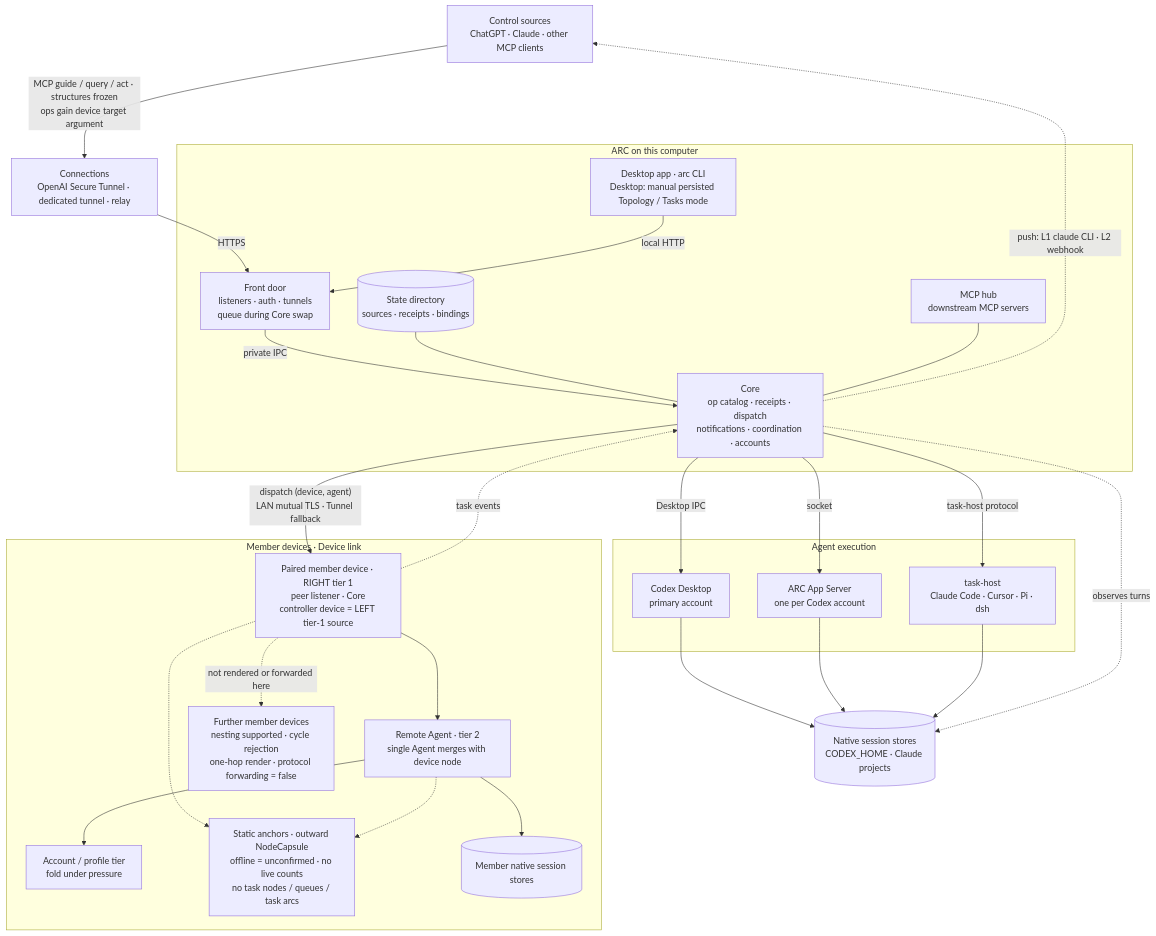
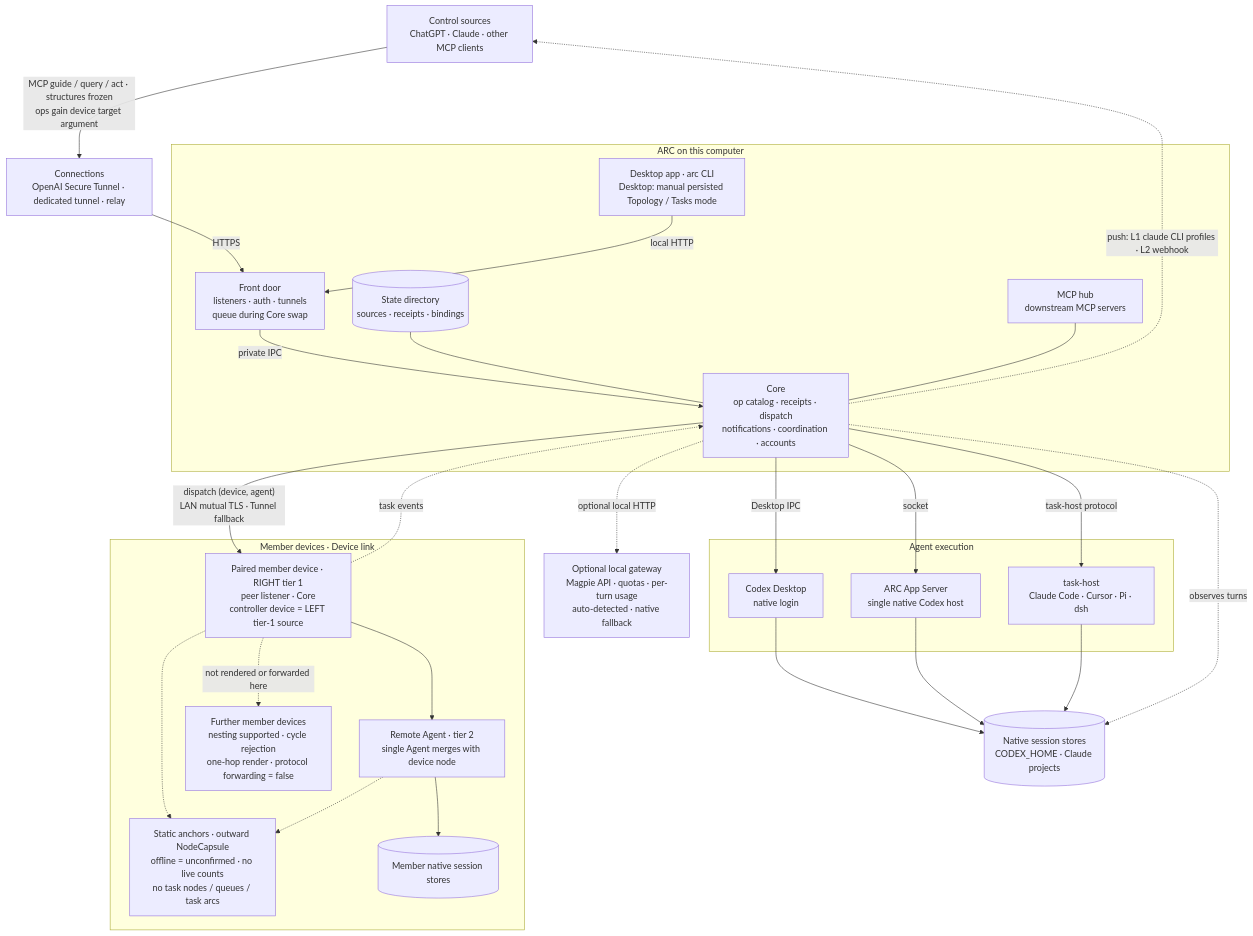
One commit to whzxc/agent-remote-control changed the diagram in arch/system-map.mmd. Above: the diagram before and after it, drawn with Mermaid. The commit also changed 118 other files, not shown here.

Commit message:
refactor(accounts,dispatch): remove agent multi-account routing and add optional local gateway telemetry

```diff
--- a/arch/system-map.mmd
+++ b/arch/system-map.mmd
@@ -1,49 +1,50 @@
 %% ARC system map (layer 0): processes, external parties and how they connect.
 %% Index and code mapping: docs/dev/arch-assets.md
 flowchart TB
   src["Control sources<br/>ChatGPT · Claude · other MCP clients"]
   net["Connections<br/>OpenAI Secure Tunnel · dedicated tunnel · relay"]
   subgraph HOST["ARC on this computer"]
     local["Desktop app · arc CLI<br/>Desktop: manual persisted Topology / Tasks mode"]
     fd["Front door<br/>listeners · auth · tunnels<br/>queue during Core swap"]
     state[("State directory<br/>sources · receipts · bindings")]
     hub["MCP hub<br/>downstream MCP servers"]
     core["Core<br/>op catalog · receipts · dispatch<br/>notifications · coordination · accounts"]
   end
   subgraph EXEC["Agent execution"]
-    codexd["Codex Desktop<br/>primary account"]
-    appsrv["ARC App Server<br/>one per Codex account"]
+    codexd["Codex Desktop<br/>native login"]
+    appsrv["ARC App Server<br/>single native Codex host"]
     taskhost["task-host<br/>Claude Code · Cursor · Pi · dsh"]
   end
   native[("Native session stores<br/>CODEX_HOME · Claude projects")]
+  gateway["Optional local gateway<br/>Magpie API · quotas · per-turn usage<br/>auto-detected · native fallback"]
   subgraph MEMBERS["Member devices · Device link"]
     member["Paired member device · RIGHT tier 1<br/>peer listener · Core<br/>controller device = LEFT tier-1 source"]
     magent["Remote Agent · tier 2<br/>single Agent merges with device node"]
-    maccount["Account / profile tier<br/>fold under pressure"]
     mstates["Static anchors · outward NodeCapsule<br/>offline = unconfirmed · no live counts<br/>no task nodes / queues / task arcs"]
     mnative[("Member native session stores")]
     descendant["Further member devices<br/>nesting supported · cycle rejection<br/>one-hop render · protocol forwarding = false"]
   end
   src -->|"MCP guide / query / act · structures frozen<br/>ops gain device target argument"| net
   net -->|"HTTPS"| fd
   local -->|"local HTTP"| fd
   fd -->|"private IPC"| core
   state --- core
   hub --- core
   core -->|"Desktop IPC"| codexd
   core -->|"socket"| appsrv
   core -->|"task-host protocol"| taskhost
   codexd --> native
   appsrv --> native
   taskhost --> native
   core -.->|"observes turns"| native
-  core -.->|"push: L1 claude CLI · L2 webhook"| src
+  core -.->|"optional local HTTP"| gateway
+  core -.->|"push: L1 claude CLI profiles · L2 webhook"| src
   core -->|"dispatch (device, agent)<br/>LAN mutual TLS · Tunnel fallback"| member
   member -.->|"task events"| core
-  member --> magent --> maccount
+  member --> magent
   member -.-> mstates
   magent -.-> mstates
   magent --> mnative
   member -.->|"not rendered or forwarded here"| descendant
   class hub experimental
-  class member,magent,maccount,mstates,descendant experimental
+  class member,magent,mstates,descendant experimental
```
